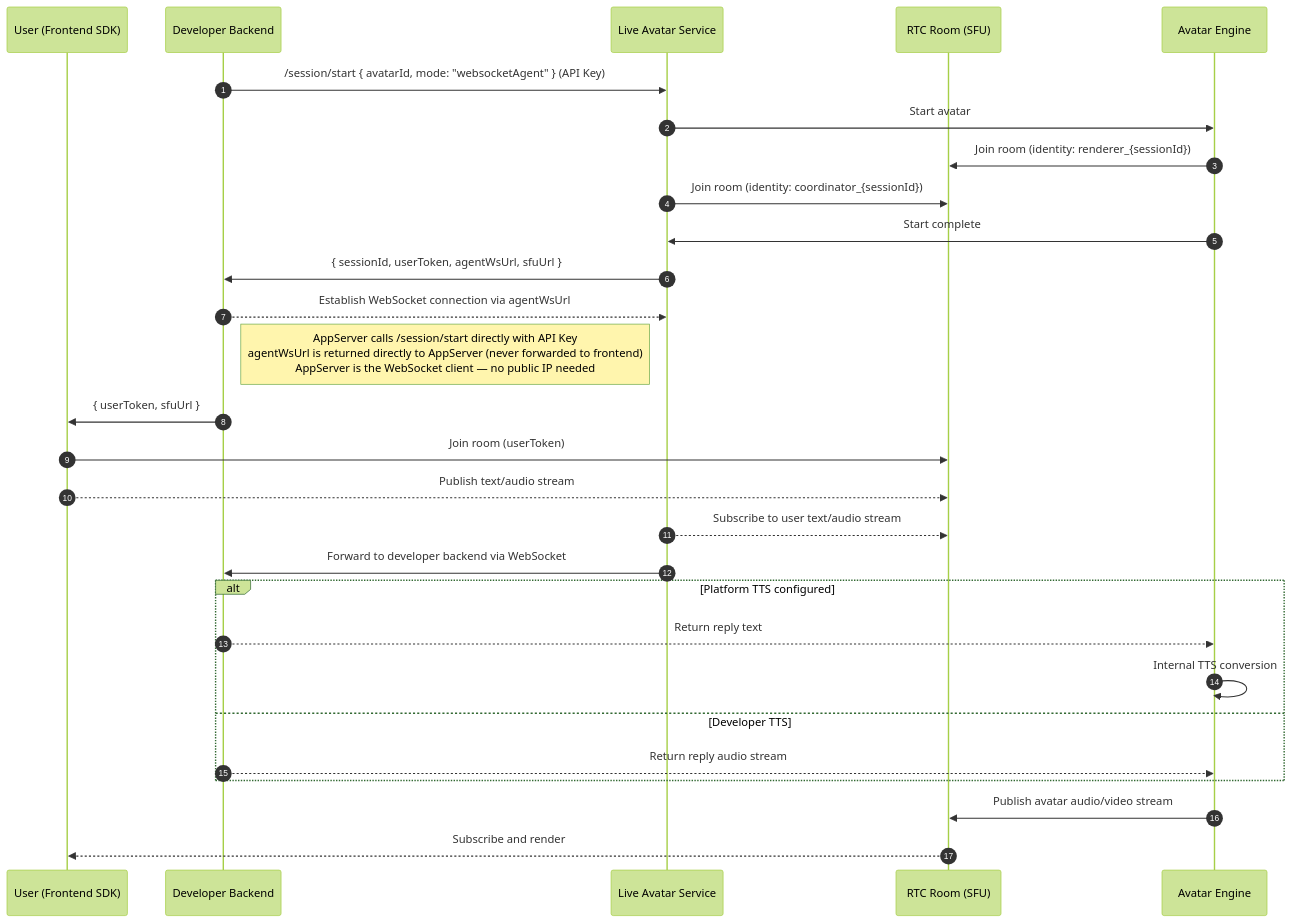
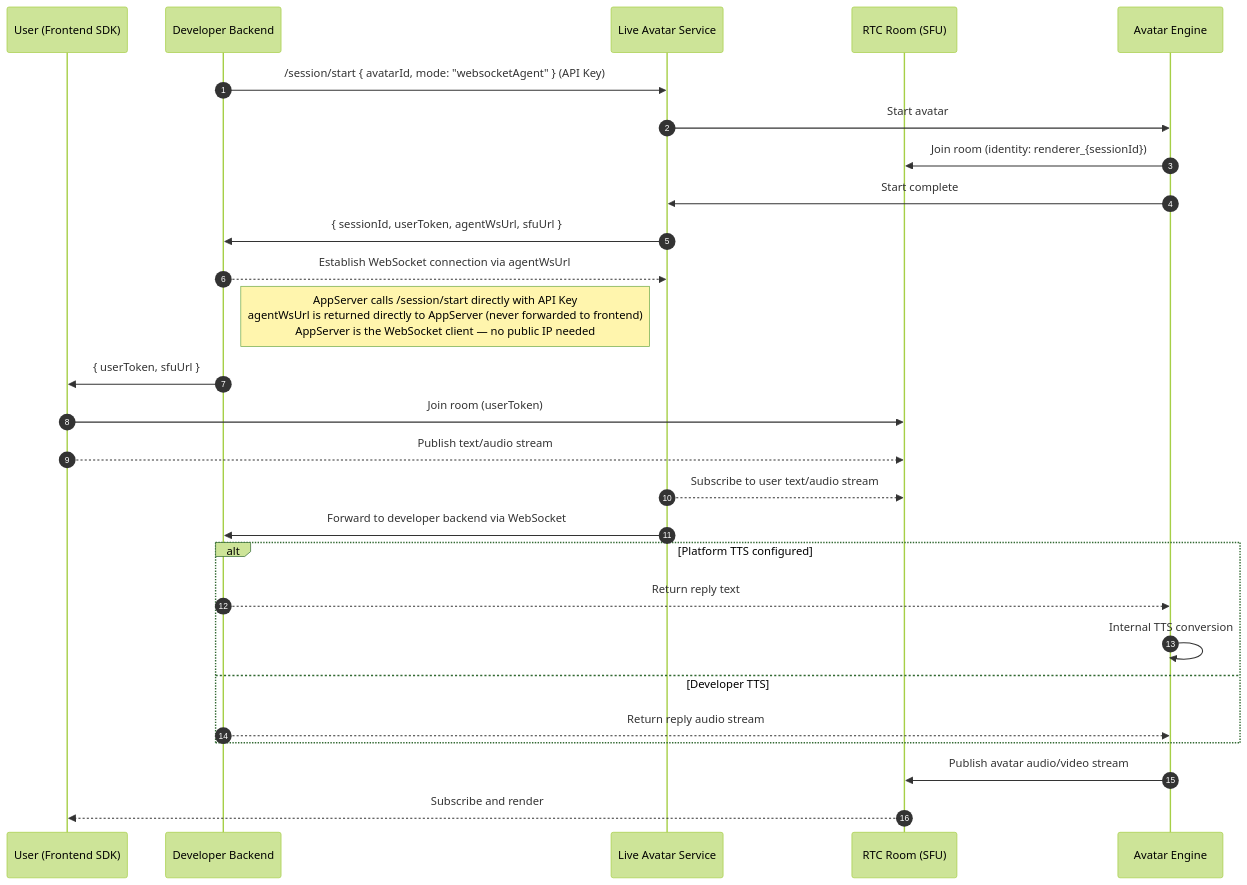
Before and after one commit to newportAI-lab/liveavatar-channel-python: the first of 2 diagrams in PROTOCOL.md, drawn with Mermaid (forest theme). The commit also changed 2 other files, not shown here.

Commit message:
remove  coordinator from participants

````diff
--- a/PROTOCOL.md
+++ b/PROTOCOL.md
@@ -78,35 +78,34 @@
 ```mermaid
 sequenceDiagram
     autonumber
     participant User as User (Frontend SDK)
     participant AppServer as Developer Backend
     participant Platform as Live Avatar Service
     participant RTC as RTC Room (SFU)
     participant Avatar as Avatar Engine
 
     AppServer->>Platform: /session/start { avatarId, mode: "websocketAgent" } (API Key)
     Platform->>Avatar: Start avatar
     Avatar->>RTC: Join room (identity: renderer_{sessionId})
-    Platform->>RTC: Join room (identity: coordinator_{sessionId})
     Avatar->>Platform: Start complete
     Platform->>AppServer: { sessionId, userToken, agentWsUrl, sfuUrl }
     AppServer-->>Platform: Establish WebSocket connection via agentWsUrl
     Note right of AppServer: AppServer calls /session/start directly with API Key<br/>agentWsUrl is returned directly to AppServer (never forwarded to frontend)<br/>AppServer is the WebSocket client — no public IP needed
     AppServer->>User: { userToken, sfuUrl }
 
     User->>RTC: Join room (userToken)
     User-->>RTC: Publish text/audio stream
 
     Platform-->>RTC: Subscribe to user text/audio stream
     Platform->>AppServer: Forward to developer backend via WebSocket
 
     alt Platform TTS configured
         AppServer-->>Avatar: Return reply text
         Avatar->>Avatar: Internal TTS conversion
     else Developer TTS
         AppServer-->>Avatar: Return reply audio stream
     end
 
     Avatar->>RTC: Publish avatar audio/video stream
     RTC-->>User: Subscribe and render
 ```
````
